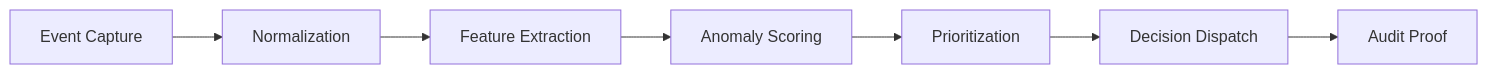
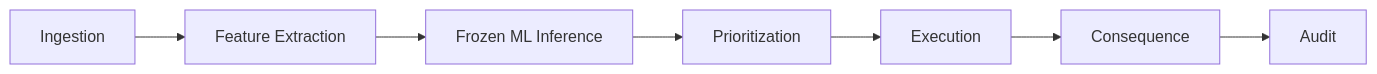
One commit to AngelP17/Astraea changed the first of 2 diagrams in README.md. Above: the diagram before and after it, drawn with Mermaid. The commit also changed other lines of this file and 65 other files, not shown here.

First line of the commit message:
feat: claim-to-proof discipline — deterministic pipeline, true replay, frozen ML, honest offline

````diff
--- a/README.md
+++ b/README.md
@@ -45,9 +38,9 @@
 ```mermaid
 flowchart LR
-    A[Event Capture] --> B[Normalization]
-    B --> C[Feature Extraction]
-    C --> D[Anomaly Scoring]
-    D --> E[Prioritization]
-    E --> F[Decision Dispatch]
-    F --> G[Audit Proof]
+    A[Ingestion] --> B[Feature Extraction]
+    B --> C[Frozen ML Inference]
+    C --> D[Prioritization]
+    D --> E[Execution]
+    E --> F[Consequence]
+    F --> G[Audit]
 ```
````
